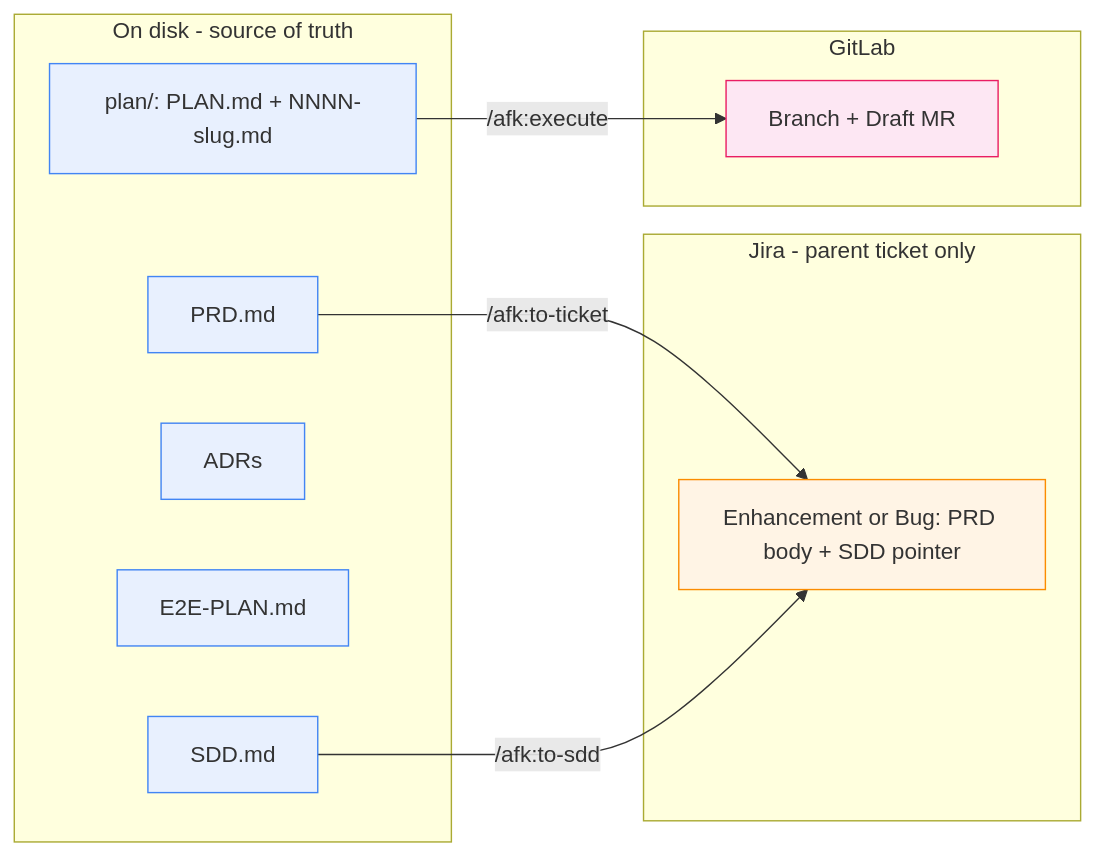
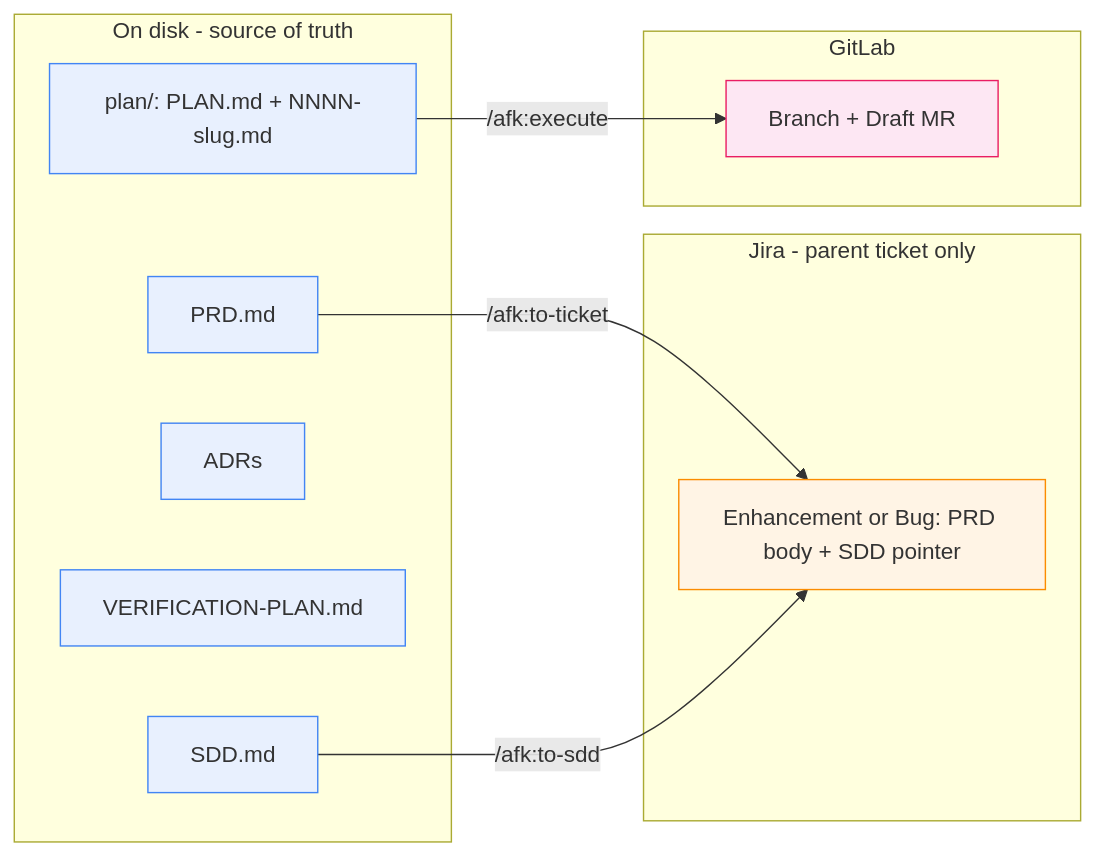
One commit to midnightblur/afk-driver changed the first of 6 diagrams in README.md. Above: the diagram before and after it, drawn with Mermaid. The commit also changed other lines of this file and 12 other files, not shown here.

````diff
--- a/README.md
+++ b/README.md
@@ -93,25 +93,25 @@
 ```mermaid
 graph LR
     subgraph disk_store [On disk - source of truth]
         PRD[PRD.md]
         SDD[SDD.md]
         ADR[ADRs]
-        E2E[E2E-PLAN.md]
+        E2E[VERIFICATION-PLAN.md]
         PLAN["plan/: PLAN.md + NNNN-slug.md"]
     end
     subgraph jira_store [Jira - parent ticket only]
         TICKET["Enhancement or Bug: PRD body + SDD pointer"]
     end
     subgraph gl_store [GitLab]
         MR[Branch + Draft MR]
     end
     PRD -->|/afk:to-ticket| TICKET
     SDD -->|/afk:to-sdd| TICKET
     PLAN -->|/afk:execute| MR
     classDef disk fill:#e8f0fe,stroke:#4285f4;
     classDef jira fill:#fff4e5,stroke:#fb8c00;
     classDef gl fill:#fde7f3,stroke:#e91e63;
     class PRD,SDD,ADR,E2E,PLAN disk;
     class TICKET jira;
     class MR gl;
 ```
````
